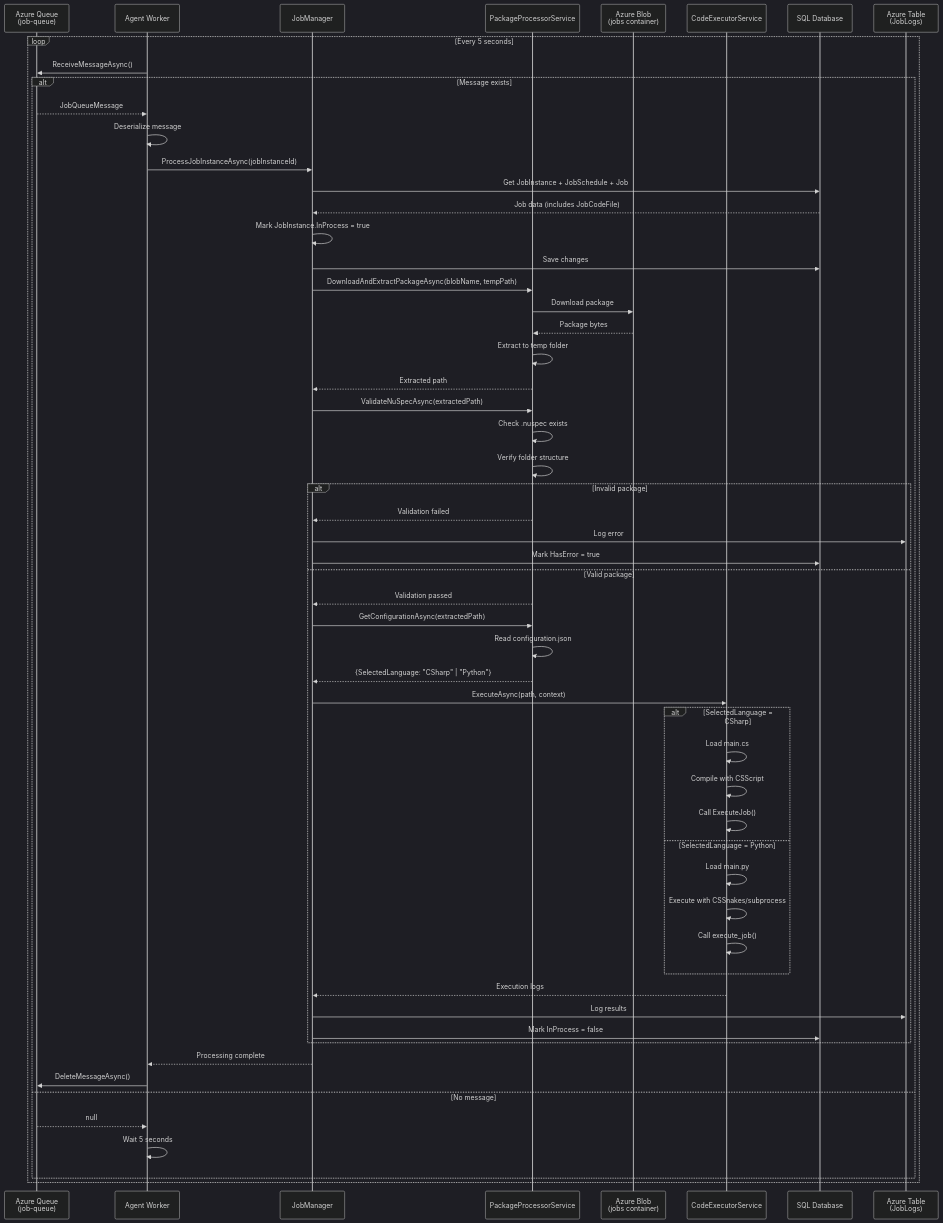
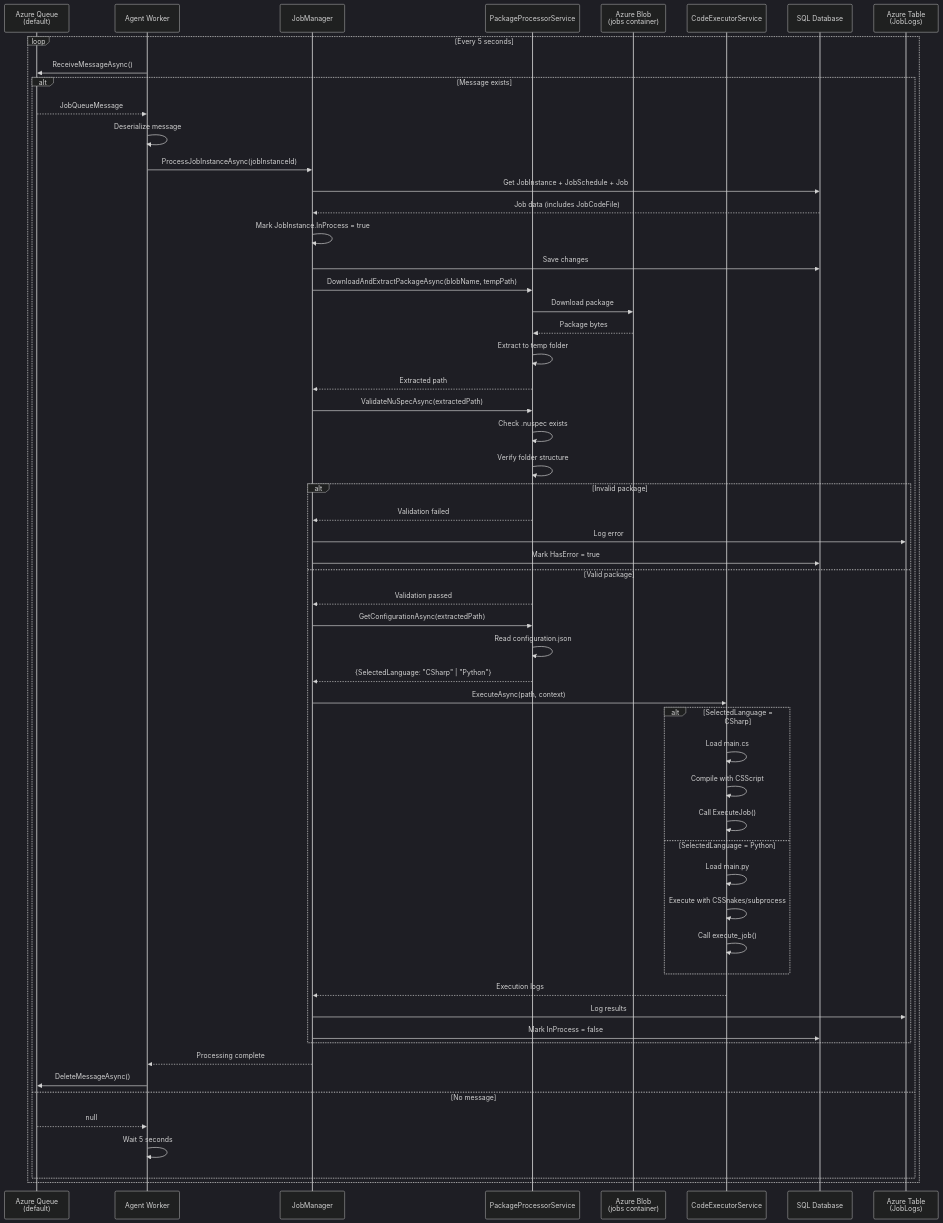
The fourth of 8 diagrams in docs/NugetExecutionFeatureDiagram.md (Blazor-Data-Orchestrator/BlazorDataOrchestrator), drawn with Mermaid (dark theme) before and after one commit. The commit also changed other lines of this file and 11 other files, not shown here.

````diff
--- a/docs/NugetExecutionFeatureDiagram.md
+++ b/docs/NugetExecutionFeatureDiagram.md
@@ -112,70 +112,70 @@
 ```mermaid
 sequenceDiagram
-    participant QUEUE as Azure Queue<br/>(job-queue)
+    participant QUEUE as Azure Queue<br/>(default)
     participant AW as Agent Worker
     participant JM as JobManager
     participant PPS as PackageProcessorService
     participant BLOB as Azure Blob<br/>(jobs container)
     participant CES as CodeExecutorService
     participant DB as SQL Database
     participant TABLE as Azure Table<br/>(JobLogs)
 
     loop Every 5 seconds
         AW->>QUEUE: ReceiveMessageAsync()
         alt Message exists
             QUEUE-->>AW: JobQueueMessage
             AW->>AW: Deserialize message
             AW->>JM: ProcessJobInstanceAsync(jobInstanceId)
             
             JM->>DB: Get JobInstance + JobSchedule + Job
             DB-->>JM: Job data (includes JobCodeFile)
             
             JM->>JM: Mark JobInstance.InProcess = true
             JM->>DB: Save changes
             
             JM->>PPS: DownloadAndExtractPackageAsync(blobName, tempPath)
             PPS->>BLOB: Download package
             BLOB-->>PPS: Package bytes
             PPS->>PPS: Extract to temp folder
             PPS-->>JM: Extracted path
             
             JM->>PPS: ValidateNuSpecAsync(extractedPath)
             PPS->>PPS: Check .nuspec exists
             PPS->>PPS: Verify folder structure
             
             alt Invalid package
                 PPS-->>JM: Validation failed
                 JM->>TABLE: Log error
                 JM->>DB: Mark HasError = true
             else Valid package
                 PPS-->>JM: Validation passed
                 
                 JM->>PPS: GetConfigurationAsync(extractedPath)
                 PPS->>PPS: Read configuration.json
                 PPS-->>JM: {SelectedLanguage: "CSharp" | "Python"}
                 
                 JM->>CES: ExecuteAsync(path, context)
                 
                 alt SelectedLanguage = CSharp
                     CES->>CES: Load main.cs
                     CES->>CES: Compile with CSScript
                     CES->>CES: Call ExecuteJob()
                 else SelectedLanguage = Python
                     CES->>CES: Load main.py
                     CES->>CES: Execute with CSSnakes/subprocess
                     CES->>CES: Call execute_job()
                 end
                 
                 CES-->>JM: Execution logs
                 JM->>TABLE: Log results
                 JM->>DB: Mark InProcess = false
             end
             
             JM-->>AW: Processing complete
             AW->>QUEUE: DeleteMessageAsync()
         else No message
             QUEUE-->>AW: null
             AW->>AW: Wait 5 seconds
         end
     end
 ```
````
